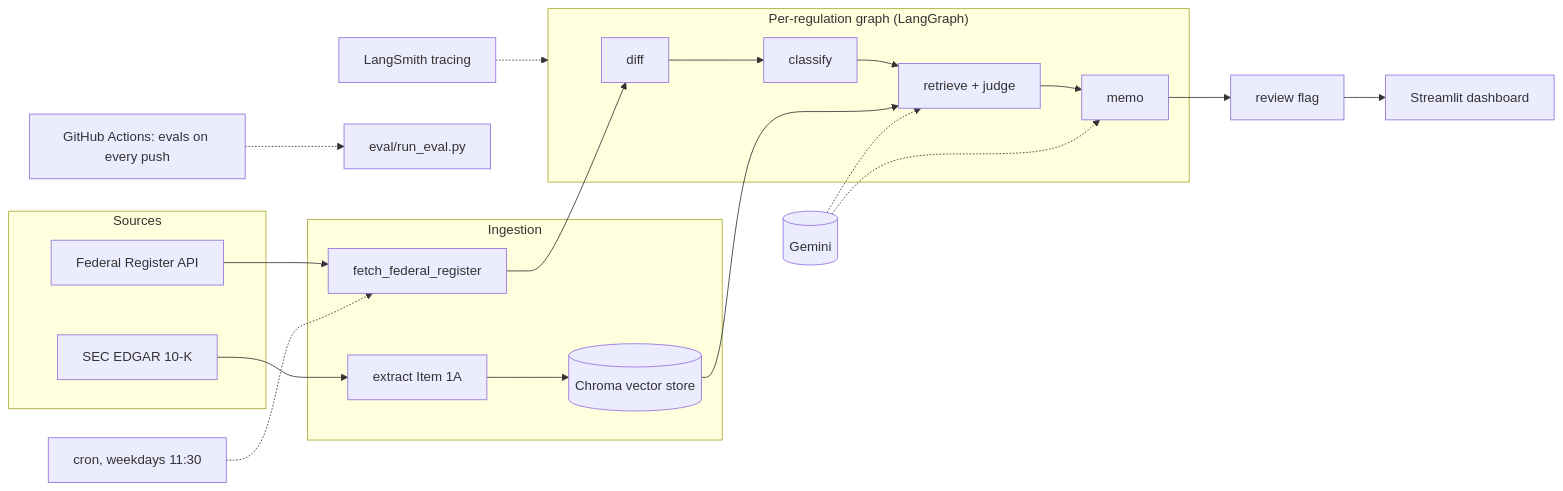
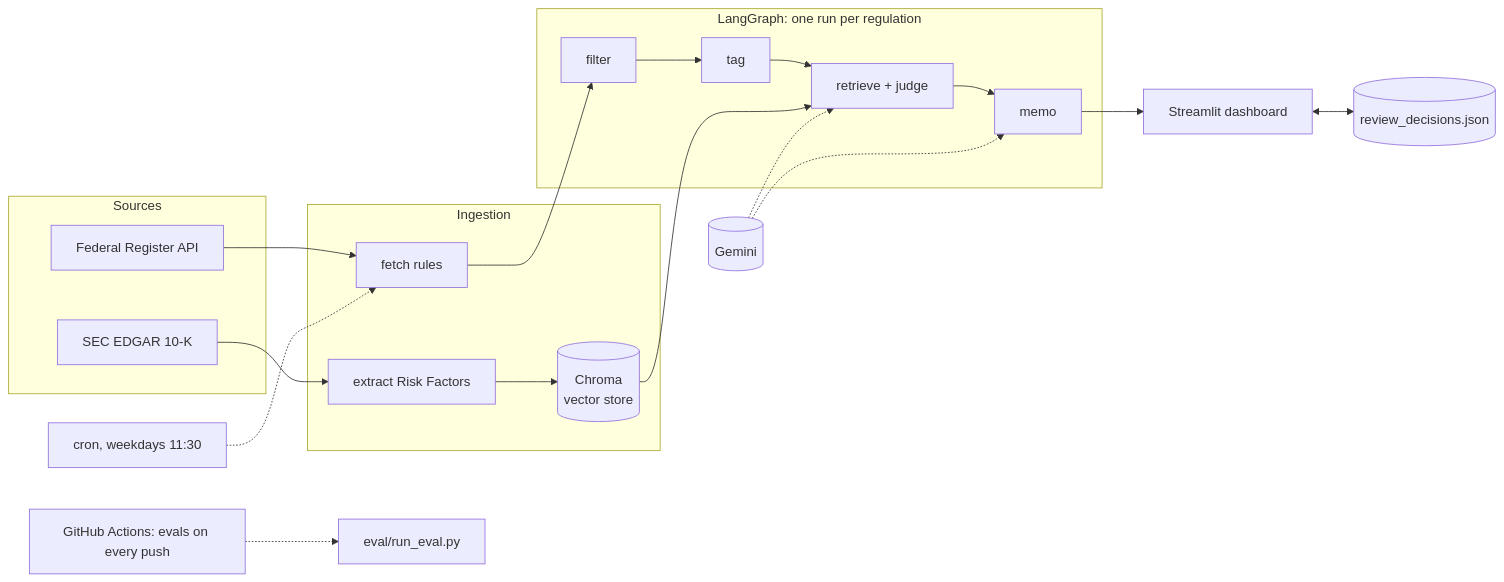
One commit to d4t4forge-debugX/regpulse changed the second of 6 diagrams in README.md. Above: the diagram before and after it, drawn with Mermaid. The commit also changed other lines of this file and 5 other files, not shown here.

````diff
--- a/README.md
+++ b/README.md
@@ -99,23 +73,23 @@
 ```mermaid
 flowchart LR
     subgraph Sources
         FR[Federal Register API]
         SEC[SEC EDGAR 10-K]
     end
     subgraph Ingestion
-        F[fetch_federal_register]
-        X[extract Item 1A] --> V[(Chroma vector store)]
+        F[fetch rules]
+        X[extract Risk Factors] --> V[(Chroma<br/>vector store)]
     end
-    subgraph LangGraph["Per-regulation graph (LangGraph)"]
-        D[diff] --> C[classify] --> J[retrieve + judge] --> M[memo]
+    subgraph Graph["LangGraph: one run per regulation"]
+        D[filter] --> C[tag] --> J[retrieve + judge] --> M[memo]
     end
     FR --> F --> D
     SEC --> X
     V --> J
-    M --> R[review flag] --> UI[Streamlit dashboard]
+    M --> UI[Streamlit dashboard]
+    UI <--> RD[(review_decisions.json)]
     G[(Gemini)] -.-> J
     G -.-> M
     CRON[cron, weekdays 11:30] -.-> F
     CI[GitHub Actions: evals on every push] -.-> EV[eval/run_eval.py]
-    LS[LangSmith tracing] -.-> LangGraph
 ```
````
